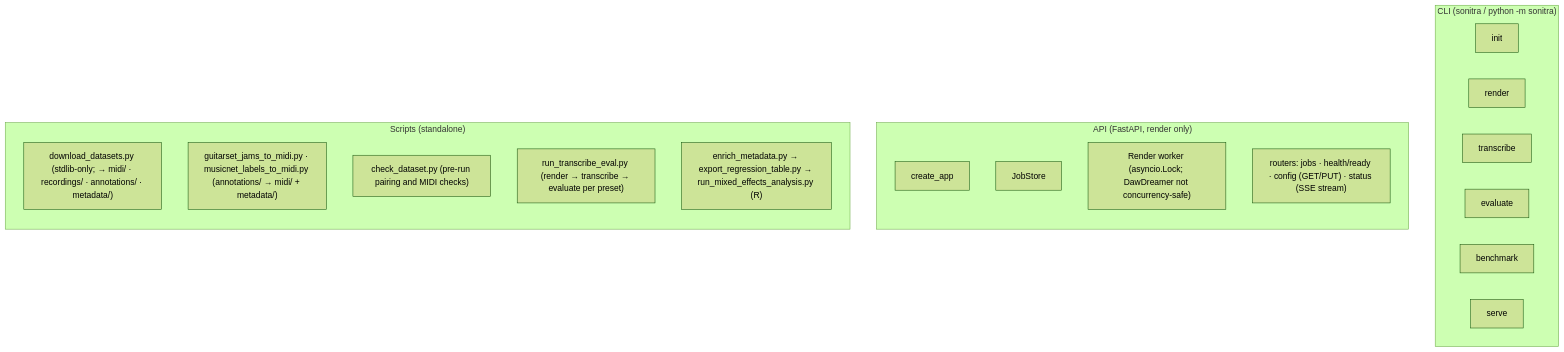
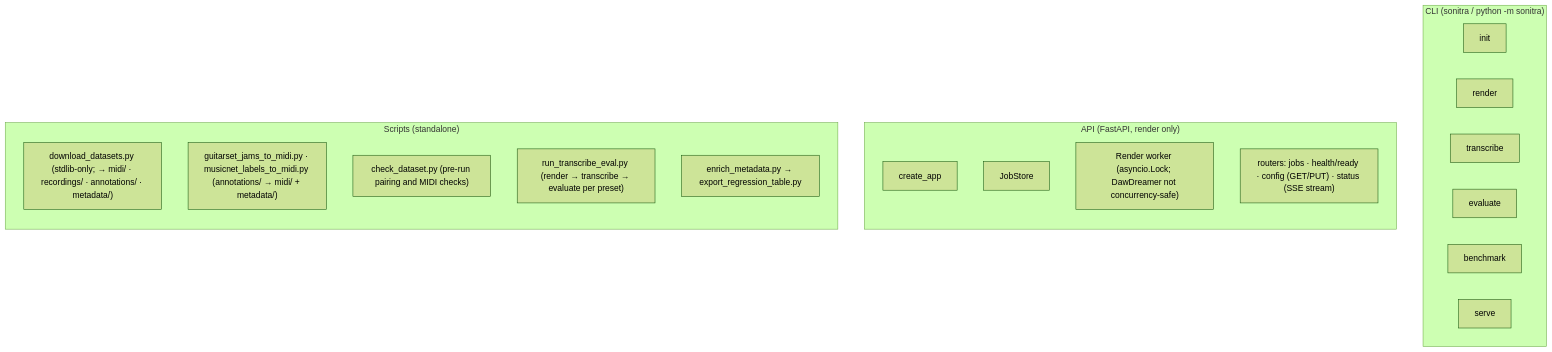
Before and after one commit to dadmaan/sonitra: the eighth of 10 diagrams in ARCHITECTURE.md, drawn with Mermaid (forest theme). The commit also changed other lines of this file and 16 other files, not shown here.

Commit message:
chore: remove the R mixed-effects analysis

````diff
--- a/ARCHITECTURE.md
+++ b/ARCHITECTURE.md
@@ -212,29 +212,29 @@
 ```mermaid
 flowchart TB
     subgraph cli["CLI (sonitra / python -m sonitra)"]
         direction LR
         init["init"]
         render["render"]
         tx["transcribe"]
         ev["evaluate"]
         bm["benchmark"]
         serve["serve"]
     end
 
     subgraph api["API (FastAPI, render only)"]
         direction TB
         app["create_app"]
         store["JobStore"]
         worker["Render worker (asyncio.Lock; DawDreamer not concurrency-safe)"]
         routers["routers: jobs · health/ready · config (GET/PUT) · status (SSE stream)"]
     end
 
     subgraph scripts["Scripts (standalone)"]
         direction TB
         dl["download_datasets.py (stdlib-only; → midi/ · recordings/ · annotations/ · metadata/)"]
         conv["guitarset_jams_to_midi.py · musicnet_labels_to_midi.py (annotations/ → midi/ + metadata/)"]
         check["check_dataset.py (pre-run pairing and MIDI checks)"]
         batch["run_transcribe_eval.py (render → transcribe → evaluate per preset)"]
-        analysis["enrich_metadata.py → export_regression_table.py → run_mixed_effects_analysis.py (R)"]
+        analysis["enrich_metadata.py → export_regression_table.py"]
     end
 ```
````
